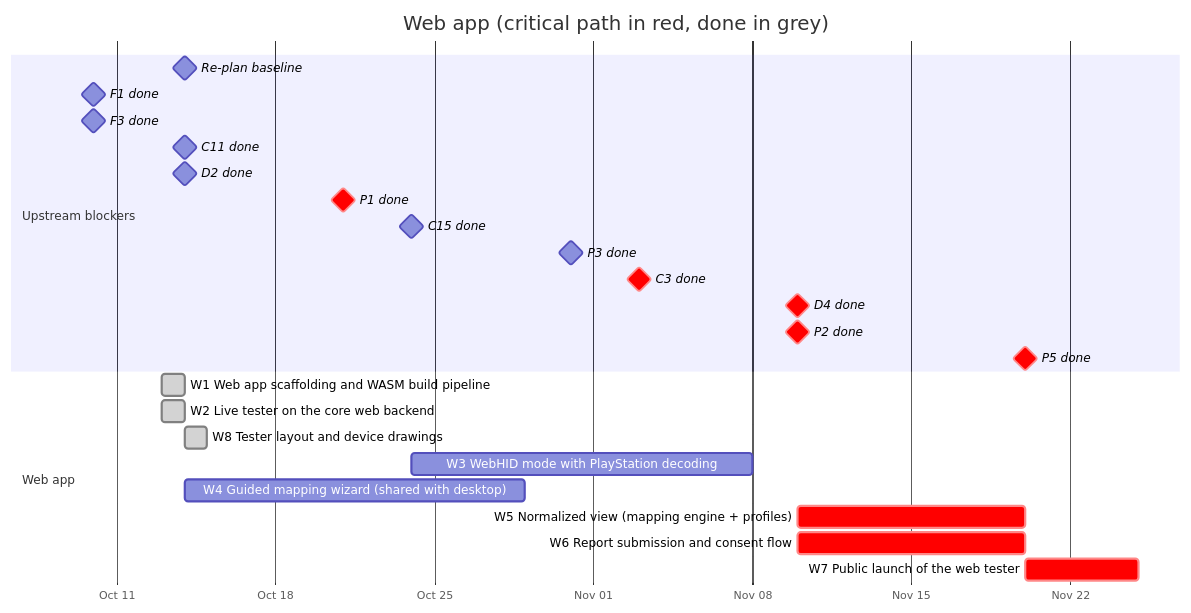
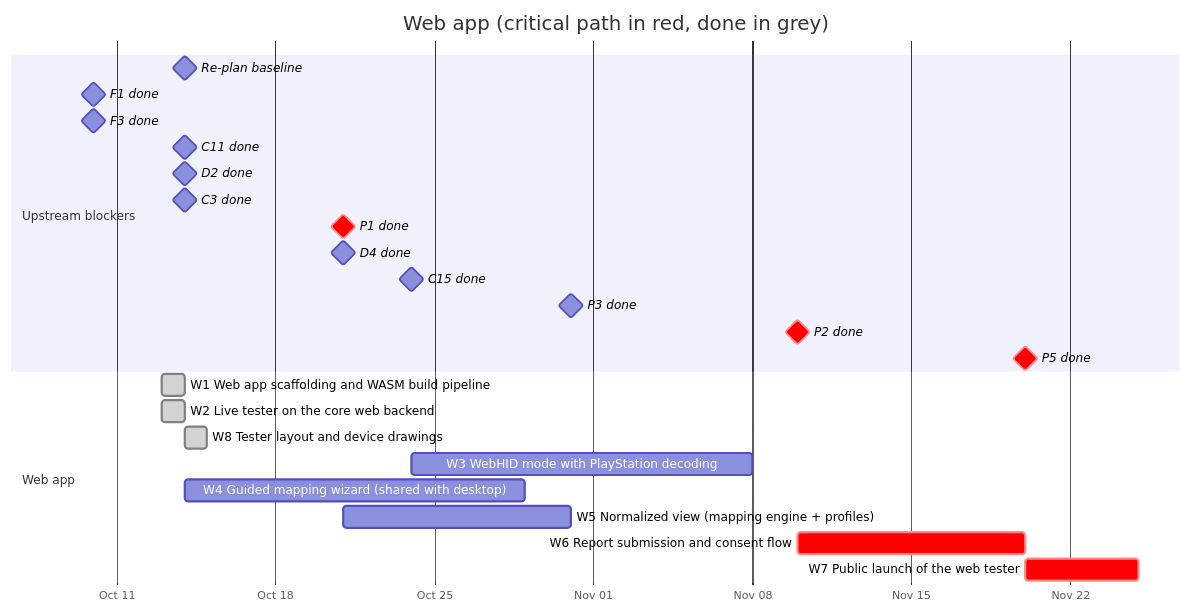
The diagram in ROADMAP/2026-10-14/04-web-app.md (anygamepad/anygamepad.github.io), drawn with Mermaid before and after one commit. The commit also changed other lines of this file and 30 other files, not shown here.

First line of the commit message:
Add mapping engine and web tester improvements (#9)

````diff
--- a/ROADMAP/2026-10-14/04-web-app.md
+++ b/ROADMAP/2026-10-14/04-web-app.md
@@ -19,28 +19,28 @@
 ```mermaid
 gantt
     dateFormat YYYY-MM-DD
     axisFormat %b %d
     title Web app (critical path in red, done in grey)
     section Upstream blockers
     Re-plan baseline :milestone, t0, 2026-10-14, 0d
     F1 done :milestone, f1, 2026-10-10, 0d
     F3 done :milestone, f3, 2026-10-10, 0d
     C11 done :milestone, c11, 2026-10-14, 0d
     D2 done :milestone, d2, 2026-10-14, 0d
+    C3 done :milestone, c3, 2026-10-14, 0d
     P1 done :milestone, crit, p1, 2026-10-21, 0d
+    D4 done :milestone, d4, 2026-10-21, 0d
     C15 done :milestone, c15, 2026-10-24, 0d
     P3 done :milestone, p3, 2026-10-31, 0d
-    C3 done :milestone, crit, c3, 2026-11-03, 0d
-    D4 done :milestone, crit, d4, 2026-11-10, 0d
     P2 done :milestone, crit, p2, 2026-11-10, 0d
     P5 done :milestone, crit, p5, 2026-11-20, 0d
     section Web app
     W1 Web app scaffolding and WASM build pipeline :done, w1, 2026-10-13, 1d
     W2 Live tester on the core web backend :done, w2, 2026-10-13, 1d
     W8 Tester layout and device drawings :done, w8, 2026-10-14, 1d
     W3 WebHID mode with PlayStation decoding :w3, after w2 c15 w8, 15d
     W4 Guided mapping wizard (shared with desktop) :w4, after w2 t0, 15d
-    W5 Normalized view (mapping engine + profiles) :crit, w5, after w2 c3 d2 d4, 10d
+    W5 Normalized view (mapping engine + profiles) :w5, after w2 c3 d2 d4, 10d
     W6 Report submission and consent flow :crit, w6, after w4 p1 p2 p3, 10d
     W7 Public launch of the web tester :crit, w7, after w5 w6 p5, 5d
 ```
````
